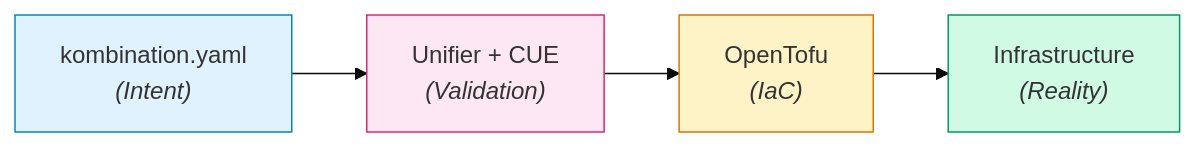
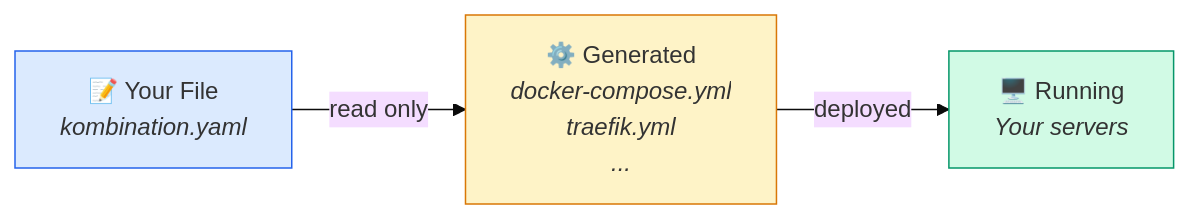
The fourth of 5 diagrams in stack/overview.mdx (KombiverseLabs/docs), drawn with Mermaid (base theme) before and after one commit. The commit also changed other lines of this file and 31 other files, not shown here.

````diff
--- a/stack/overview.mdx
+++ b/stack/overview.mdx
@@ -144,14 +228,13 @@
 ```mermaid
 flowchart LR
-    Intent["kombination.yaml<br/><i>(Intent)</i>"]
-    CUE["Unifier + CUE<br/><i>(Validation)</i>"]
-    IaC["OpenTofu<br/><i>(IaC)</i>"]
-    Infra["Infrastructure<br/><i>(Reality)</i>"]
+    Intent["📝 Your File<br/><i>kombination.yaml</i>"]
+    Generated["⚙️ Generated<br/><i>docker-compose.yml<br/>traefik.yml<br/>...</i>"]
+    Infra["🖥️ Running<br/><i>Your servers</i>"]
 
-    Intent --> CUE --> IaC --> Infra
+    Intent -->|"read only"| Generated
+    Generated -->|"deployed"| Infra
 
-    style Intent fill:#e0f2fe,stroke:#0284c7
-    style CUE fill:#fce7f3,stroke:#db2777
-    style IaC fill:#fef3c7,stroke:#d97706
+    style Intent fill:#dbeafe,stroke:#2563eb
+    style Generated fill:#fef3c7,stroke:#d97706
     style Infra fill:#d1fae5,stroke:#059669
 ```
````
